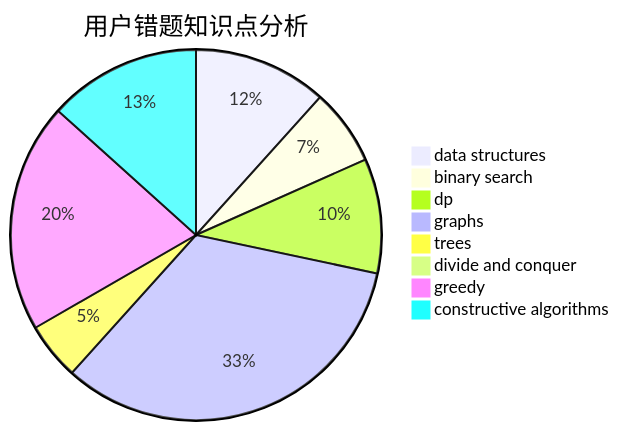
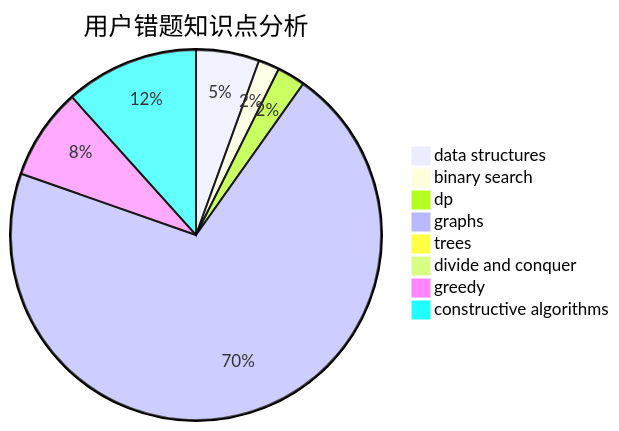
Before and after one commit to sherpahu/cfrs.github.io: the third of 3 diagrams in docs/user/u1552.md, drawn with Mermaid. The commit also changed other lines of this file and 2770 other files, not shown here.

````diff
--- a/docs/user/u1552.md
+++ b/docs/user/u1552.md
@@ -36,11 +36,11 @@
 ```mermaid
 pie title 用户错题知识点分析
-    "data structures" :  7
-    "binary search" :  4
-    "dp" :  6
-    "graphs" :  20
+    "data structures" :  18
+    "binary search" :  6
+    "dp" :  8
+    "graphs" :  230
     "trees" :  3
     "divide and conquer" :  0
-    "greedy" :  12
-    "constructive algorithms" :  8
+    "greedy" :  26
+    "constructive algorithms" :  38
 ```
````
